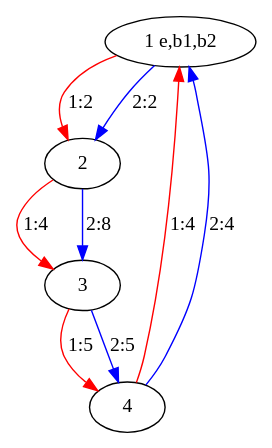
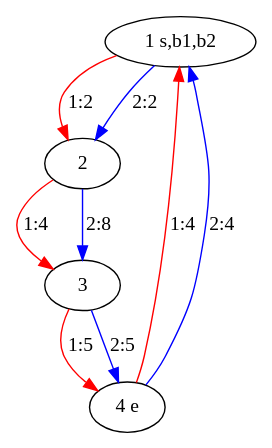
Before and after one commit to iagorrr/PDDL-joao-and-the-bus-domain: the diagram in instances/instance-7.gv, drawn with Graphviz. The commit also changed 3 other files, not shown here.

```diff
--- a/instances/instance-7.gv
+++ b/instances/instance-7.gv
@@ -1,14 +1,14 @@
 digraph "instance-7" {
-	1 [label="1 e,b1,b2"]
+	1 [label="1 s,b1,b2"]
+	4 [label="4 e"]
 	2 [label=2]
 	1 -> 2 [label="1:2" color=red weight=2]
 	1 -> 2 [label="2:2" color=blue weight=2]
 	3 [label=3]
 	2 -> 3 [label="1:4" color=red weight=4]
 	2 -> 3 [label="2:8" color=blue weight=8]
-	4 [label=4]
 	3 -> 4 [label="1:5" color=red weight=5]
 	3 -> 4 [label="2:5" color=blue weight=5]
 	4 -> 1 [label="1:4" color=red weight=4]
 	4 -> 1 [label="2:4" color=blue weight=4]
 }
```
